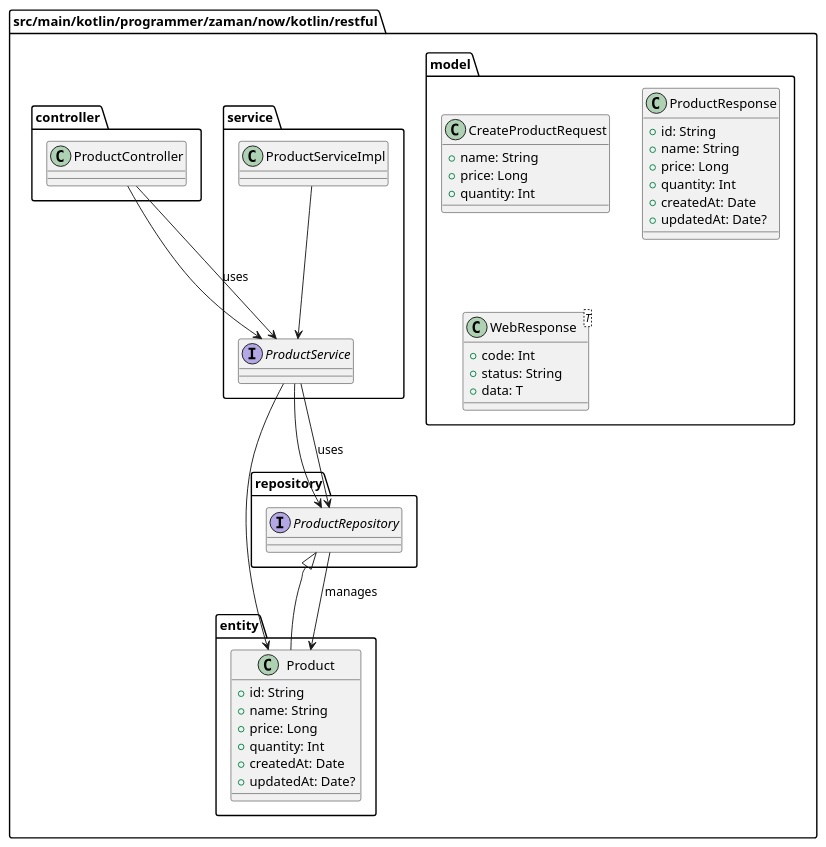
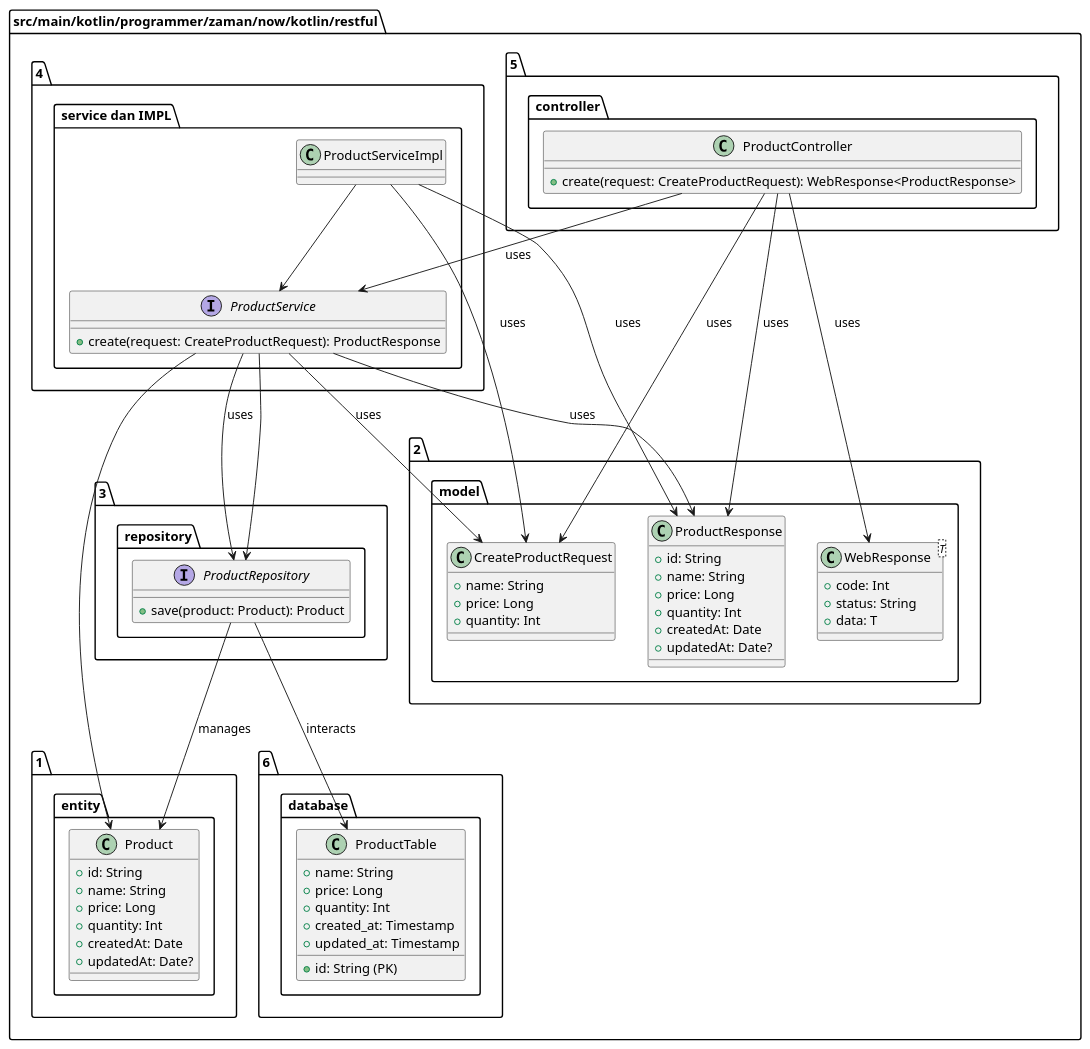
The diagram in kotlin-restful-API/disain aplikasi saya.puml (Audyari/RESTful-API-dengan-Spring-Boot-Kotlin), drawn with PlantUML before and after one commit. The commit also changed 7 other files, not shown here.

Commit message:
update Membuat-Create-Product-API

```diff
--- a/kotlin-restful-API/disain aplikasi saya.puml
+++ b/kotlin-restful-API/disain aplikasi saya.puml
@@ -1,64 +1,87 @@
 @startuml
 
 package "src/main/kotlin/programmer/zaman/now/kotlin/restful" {
-    package "entity" {
+    package "1. entity" {
         class Product {
             +id: String
             +name: String
             +price: Long
             +quantity: Int
             +createdAt: Date
             +updatedAt: Date?
         }
     }
 
-    package "model" {
+    package "2. model" {
         class CreateProductRequest {
             +name: String
             +price: Long
             +quantity: Int
         }
 
         class ProductResponse {
             +id: String
             +name: String
             +price: Long
             +quantity: Int
             +createdAt: Date
             +updatedAt: Date?
         }
 
         class WebResponse<T> {
             +code: Int
             +status: String
             +data: T
         }
     }
 
-    package "repository" {
-        interface ProductRepository
-        ProductRepository <|-- Product
+    package "3. repository" {
+        interface ProductRepository {
+            +save(product: Product): Product 
+        }
     }
 
-    package "service" {
-        interface ProductService
+    package "4. service dan IMPL" {
+        interface ProductService {
+            +create(request: CreateProductRequest): ProductResponse
+        }
+        
         class ProductServiceImpl
         
         ProductService --> ProductRepository
         ProductService --> Product
         ProductServiceImpl --> ProductService
     }
 
-    package "controller" {
+    package "5. controller" {
+        class ProductController {
+            +create(request: CreateProductRequest): WebResponse<ProductResponse>
+        }
+    }
 
-        class ProductController
-        
-        ProductController --> ProductService
+    package "6. database" {
+        class ProductTable {
+            +id: String (PK)
+            +name: String
+            +price: Long
+            +quantity: Int
+            +created_at: Timestamp
+            +updated_at: Timestamp
+        }
     }
 }
 
 ProductController -down-> ProductService : uses
 ProductService -down-> ProductRepository : uses
 ProductRepository -down-> Product : manages
+ProductRepository -down-> ProductTable : interacts
+
+ProductController --> CreateProductRequest : uses
+ProductController --> WebResponse : uses
+ProductController --> ProductResponse : uses
+ProductService --> CreateProductRequest : uses
+ProductService --> ProductResponse : uses
+ProductServiceImpl --> CreateProductRequest : uses
+ProductServiceImpl --> ProductResponse : uses
 
 @enduml
```
